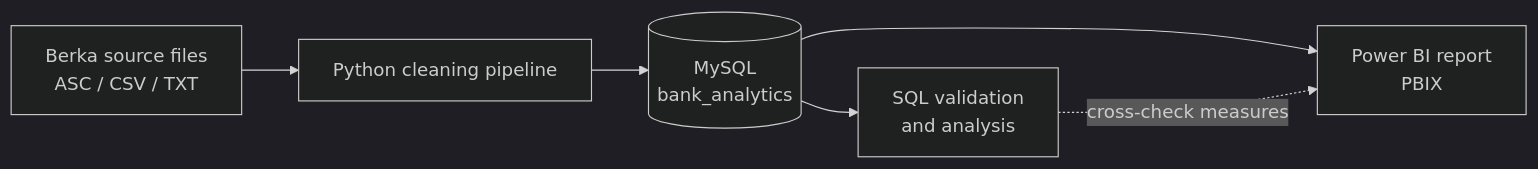
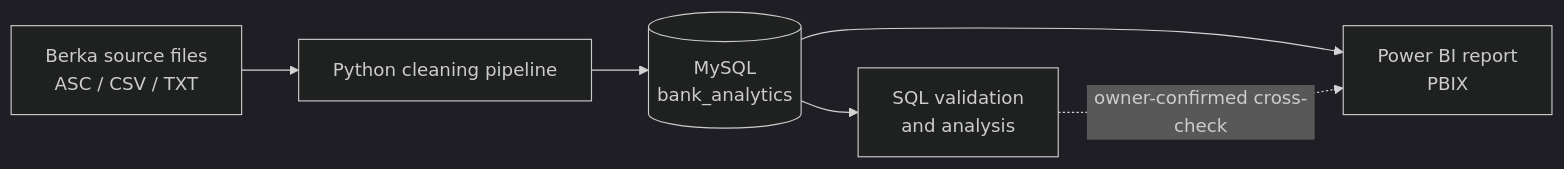
One commit to bhupendra272003/Banking-Analytics changed the diagram in README.md. Above: the diagram before and after it, drawn with Mermaid (dark theme). The commit also changed other lines of this file, not shown here.

Commit message:
Document owner-confirmed dashboard reconciliation

````diff
--- a/README.md
+++ b/README.md
@@ -20,8 +20,8 @@
 ```mermaid
 flowchart LR
     A[Berka source files<br/>ASC / CSV / TXT] --> B[Python cleaning pipeline]
     B --> C[(MySQL<br/>bank_analytics)]
     C --> D[SQL validation<br/>and analysis]
     C --> E[Power BI report<br/>PBIX]
-    D -. cross-check measures .-> E
+    D -. owner-confirmed cross-check .-> E
 ```
````
